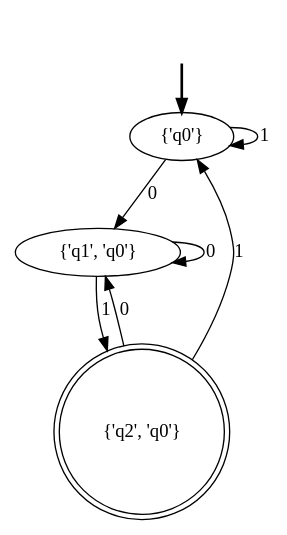
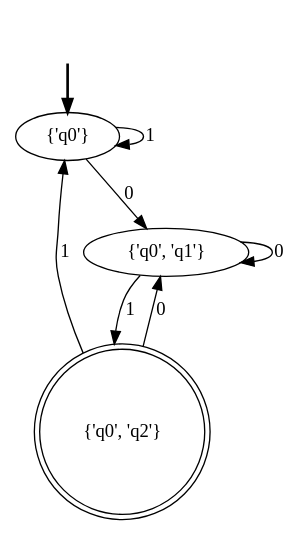
Before and after one commit to fanzou2020/Automata: the diagram in n2d/dfa_pysimpleautoma_test.dot, drawn with Graphviz. The commit also changed 14 other files, not shown here.

```diff
--- a/n2d/dfa_pysimpleautoma_test.dot
+++ b/n2d/dfa_pysimpleautoma_test.dot
@@ -1,13 +1,13 @@
 digraph {
 	fake [style=invisible]
+	"{'q0', 'q2'}" [shape=doublecircle]
+	"{'q0', 'q1'}"
 	"{'q0'}" [root=true]
-	"{'q2', 'q0'}" [shape=doublecircle]
-	"{'q1', 'q0'}"
 	fake -> "{'q0'}" [style=bold]
-	"{'q0'}" -> "{'q1', 'q0'}" [label=0]
 	"{'q0'}" -> "{'q0'}" [label=1]
-	"{'q1', 'q0'}" -> "{'q1', 'q0'}" [label=0]
-	"{'q1', 'q0'}" -> "{'q2', 'q0'}" [label=1]
-	"{'q2', 'q0'}" -> "{'q1', 'q0'}" [label=0]
-	"{'q2', 'q0'}" -> "{'q0'}" [label=1]
+	"{'q0'}" -> "{'q0', 'q1'}" [label=0]
+	"{'q0', 'q1'}" -> "{'q0', 'q2'}" [label=1]
+	"{'q0', 'q1'}" -> "{'q0', 'q1'}" [label=0]
+	"{'q0', 'q2'}" -> "{'q0'}" [label=1]
+	"{'q0', 'q2'}" -> "{'q0', 'q1'}" [label=0]
 }
```
